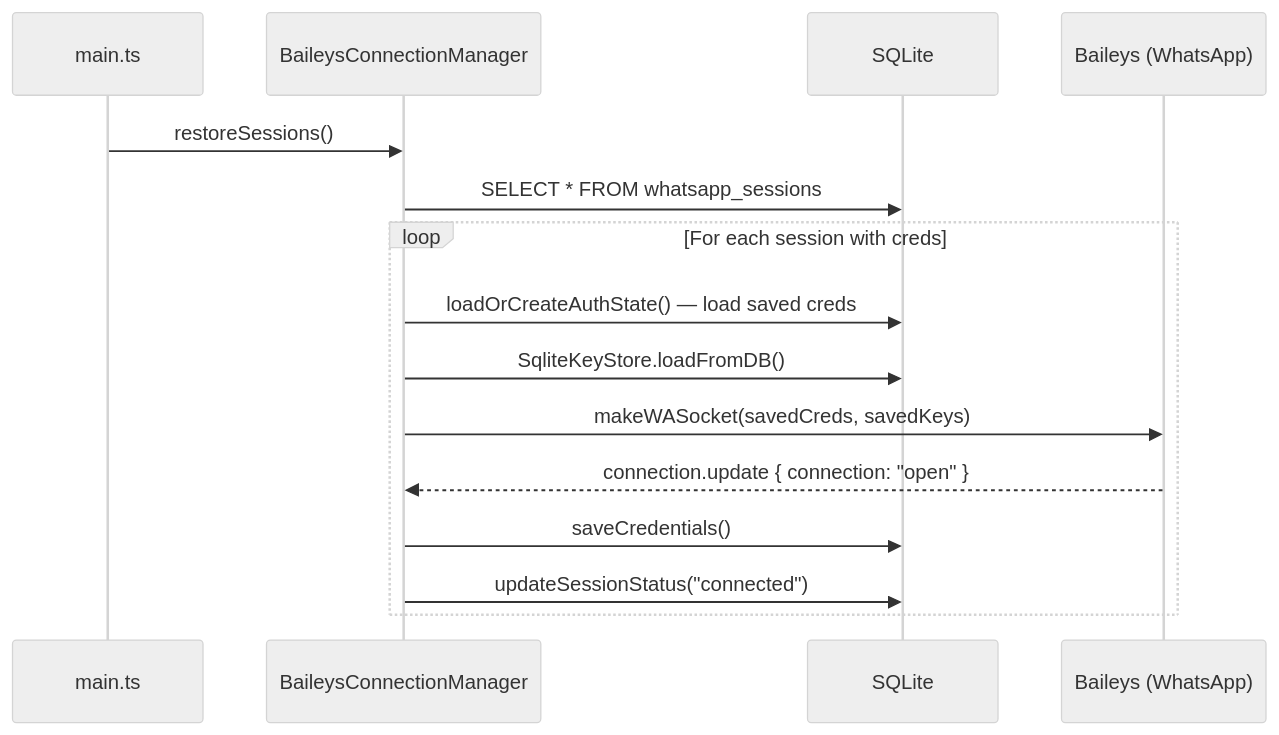
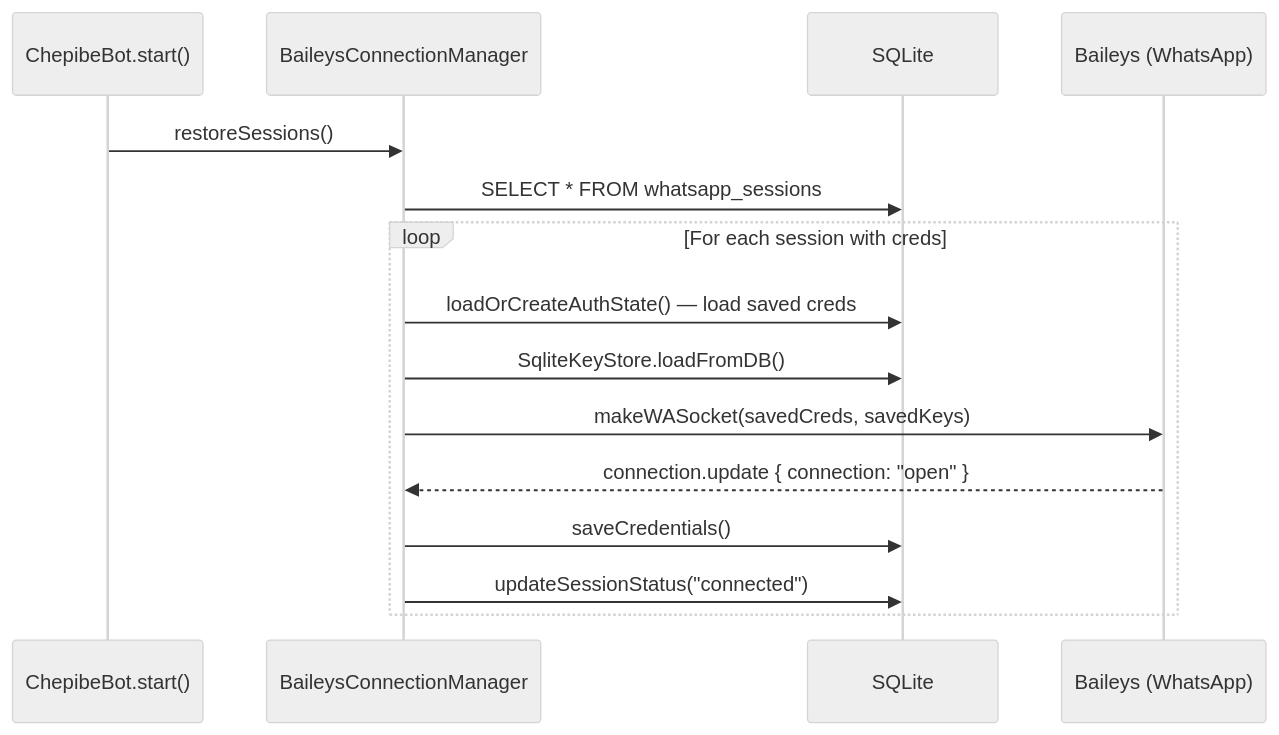
The fourth of 8 diagrams in docs/whatsapp-session-lifecycle.md (Fibra-Labs/chepibe-personal), drawn with Mermaid (neutral theme) before and after one commit. The commit also changed other lines of this file and 35 other files, not shown here.

````diff
--- a/docs/whatsapp-session-lifecycle.md
+++ b/docs/whatsapp-session-lifecycle.md
@@ -109,18 +109,18 @@
 ```mermaid
 sequenceDiagram
-    participant MAIN as main.ts
+    participant BOT as ChepibeBot.start()
     participant MGR as BaileysConnectionManager
     participant DB as SQLite
     participant BA as Baileys (WhatsApp)
 
-    MAIN->>MGR: restoreSessions()
+    BOT->>MGR: restoreSessions()
     MGR->>DB: SELECT * FROM whatsapp_sessions
     loop For each session with creds
         MGR->>DB: loadOrCreateAuthState() — load saved creds
         MGR->>DB: SqliteKeyStore.loadFromDB()
         MGR->>BA: makeWASocket(savedCreds, savedKeys)
         BA-->>MGR: connection.update { connection: "open" }
         MGR->>DB: saveCredentials()
         MGR->>DB: updateSessionStatus("connected")
     end
 ```
````
